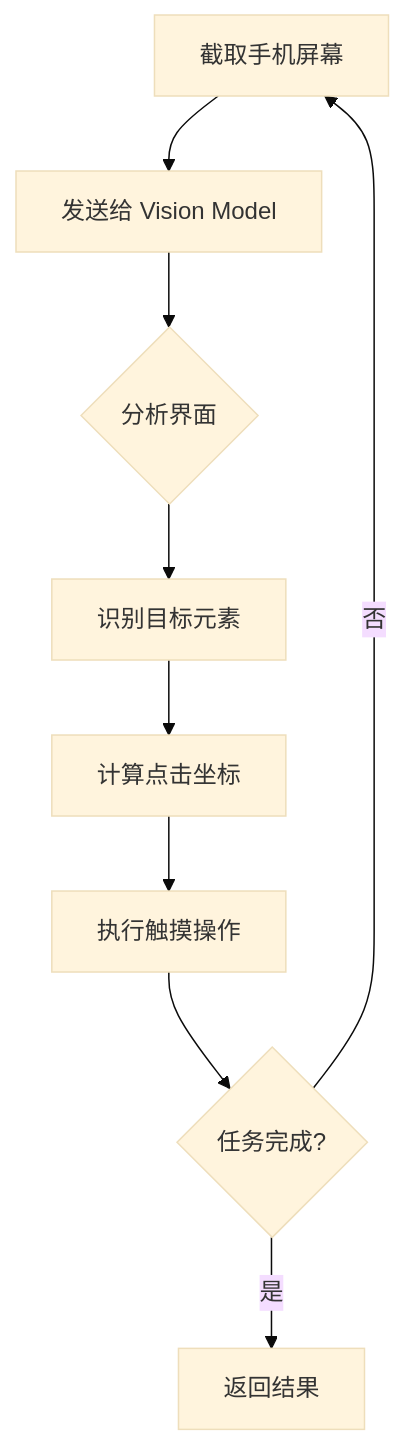
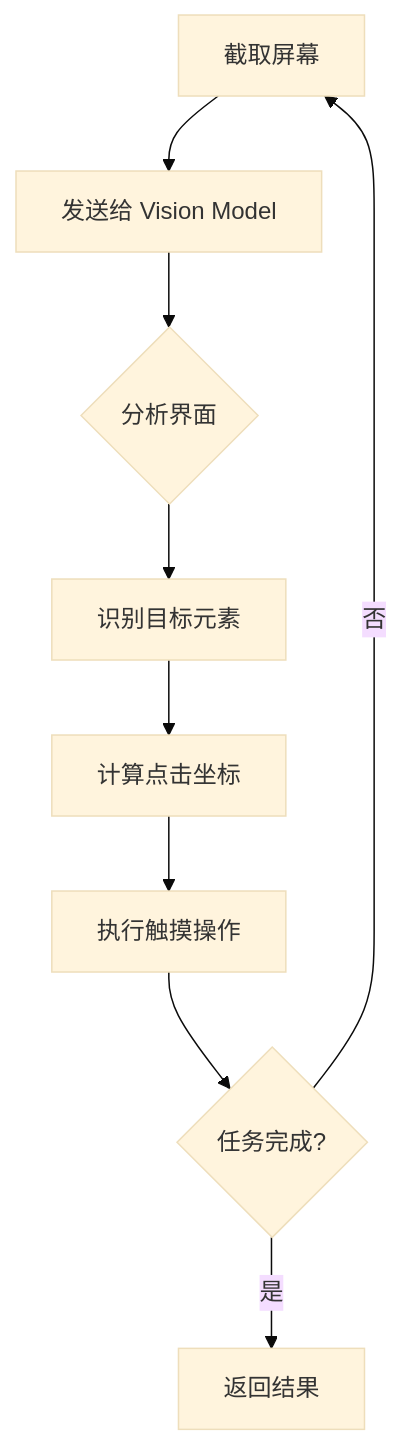
Before and after one commit to yeasy/agentic_ai_guide: the second of 5 diagrams in 04_tools/4.6_multimodal.md, drawn with Mermaid (base theme). The commit also changed other lines of this file and 33 other files, not shown here.

````diff
--- a/04_tools/4.6_multimodal.md
+++ b/04_tools/4.6_multimodal.md
@@ -72,11 +95,11 @@
 ```mermaid
 flowchart TD
-    A[截取手机屏幕] --> B[发送给 Vision Model]
+    A[截取屏幕] --> B[发送给 Vision Model]
     B --> C{分析界面}
     C --> D[识别目标元素]
     D --> E[计算点击坐标]
     E --> F[执行触摸操作]
     F --> G{任务完成?}
     G -->|否| A
     G -->|是| H[返回结果]
 ```
````
